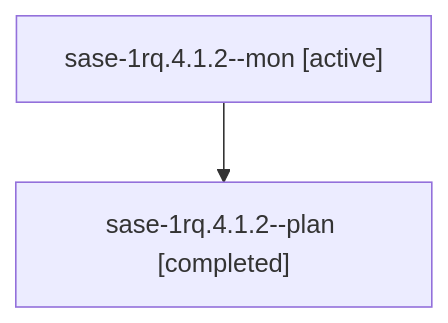
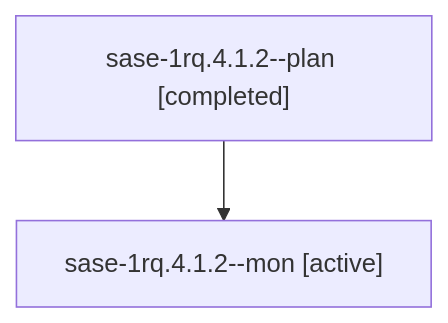
One commit to sase-org/sase--agents changed the diagram in sessions/bbugyi200.athena.sase-1rq.4.1.2.md. Above: the diagram before and after it, drawn with Mermaid. The commit also changed other lines of this file and 93 other files, not shown here.

````diff
--- a/sessions/bbugyi200.athena.sase-1rq.4.1.2.md
+++ b/sessions/bbugyi200.athena.sase-1rq.4.1.2.md
@@ -9,6 +9,6 @@
 ```mermaid
 flowchart TD
-  n0["sase-1rq.4.1.2--mon [active]"]
-  n1["sase-1rq.4.1.2--plan [completed]"]
+  n0["sase-1rq.4.1.2--plan [completed]"]
+  n1["sase-1rq.4.1.2--mon [active]"]
   n0 --> n1
 ```
````
